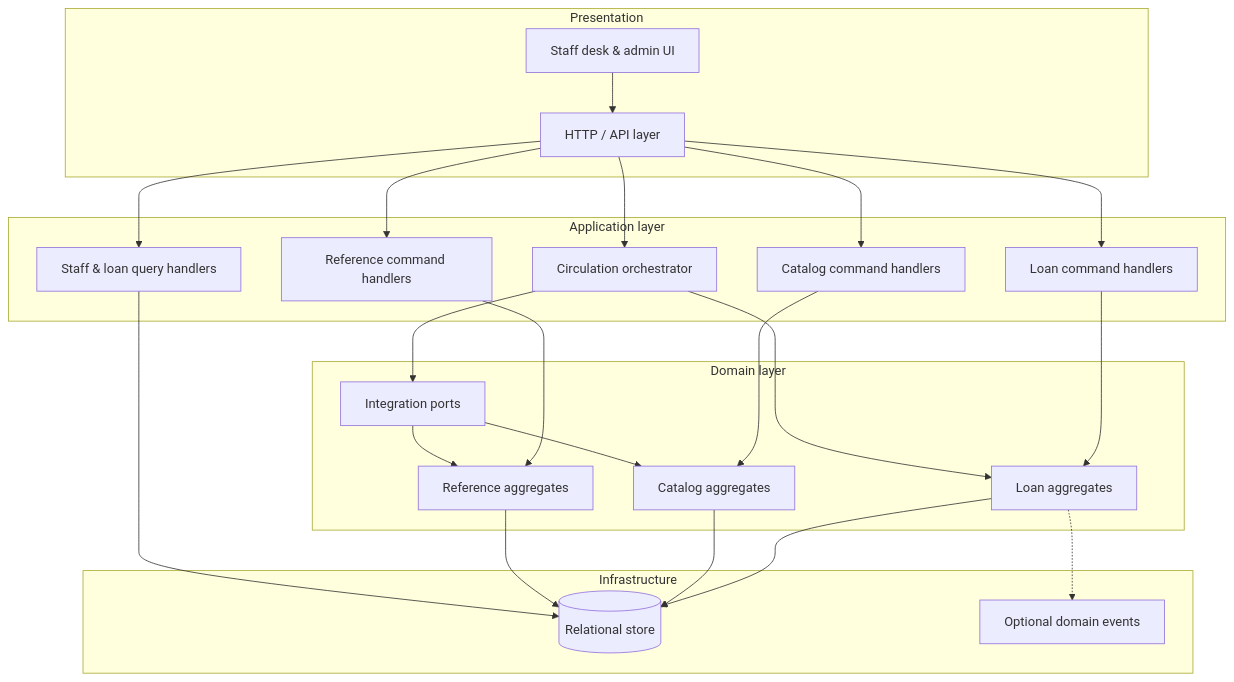
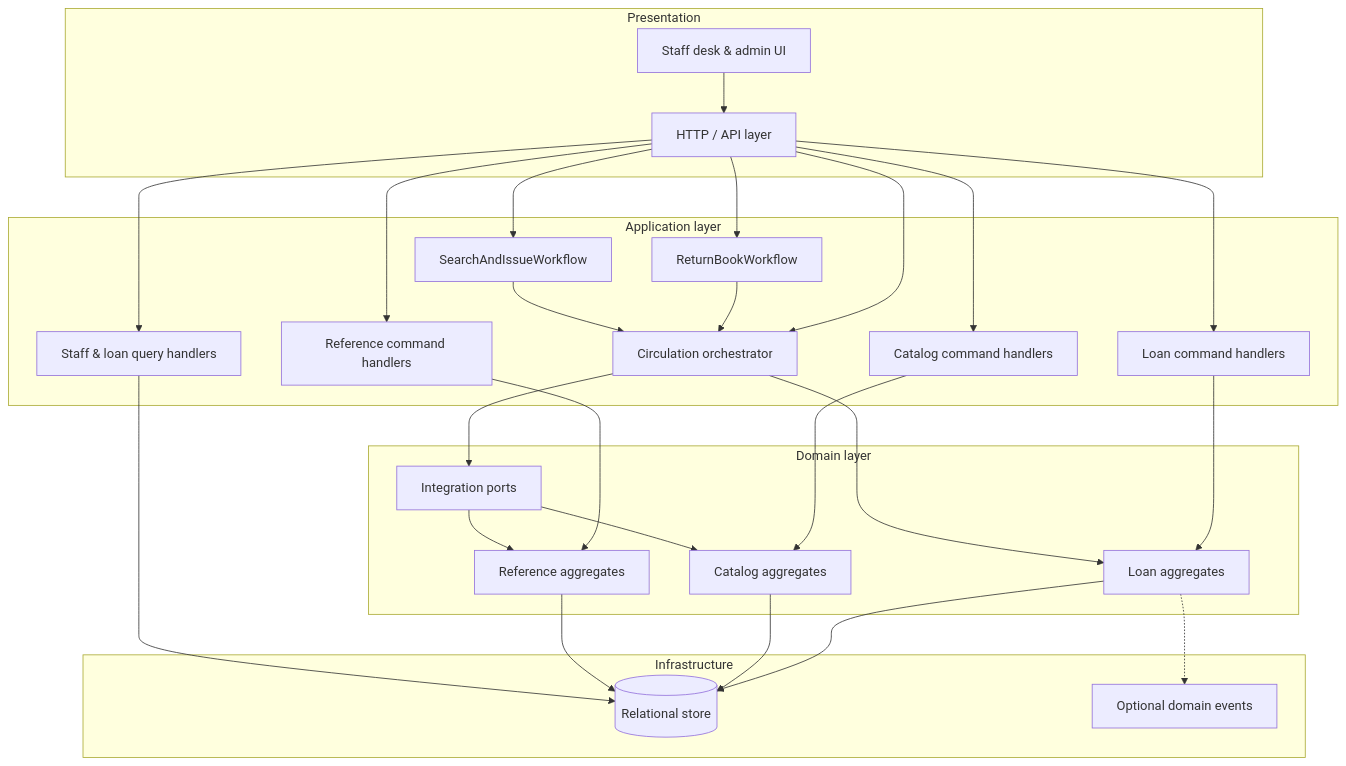
Before and after one commit to tusharwagh/LMS-AI: the fourth of 4 diagrams in docs/MVP.md, drawn with Mermaid. The commit also changed other lines of this file and 97 other files, not shown here.

````diff
--- a/docs/MVP.md
+++ b/docs/MVP.md
@@ -289,40 +391,45 @@
 ```mermaid
 flowchart TB
   subgraph presentation["Presentation"]
     API[HTTP / API layer]
     UI[Staff desk & admin UI]
   end
 
   subgraph app["Application layer"]
     ORCH[Circulation orchestrator]
+    WFI[SearchAndIssueWorkflow]
+    WFR[ReturnBookWorkflow]
     REFH[Reference command handlers]
     CATH[Catalog command handlers]
     LOANH[Loan command handlers]
     QRY[Staff & loan query handlers]
   end
 
   subgraph domain["Domain layer"]
     REF[Reference aggregates]
     CAT[Catalog aggregates]
     LOAN[Loan aggregates]
     PORTS[Integration ports]
   end
 
   subgraph infra["Infrastructure"]
     DB[(Relational store)]
     EVT[Optional domain events]
   end
 
   UI --> API
+  API --> WFI & WFR
   API --> REFH & CATH & LOANH & QRY
+  WFI --> ORCH
+  WFR --> ORCH
   API --> ORCH
   ORCH --> PORTS
   PORTS --> REF & CAT
   ORCH --> LOAN
   REFH --> REF
   CATH --> CAT
   LOANH --> LOAN
   QRY --> DB
   REF & CAT & LOAN --> DB
   LOAN -.-> EVT
 ```
````
